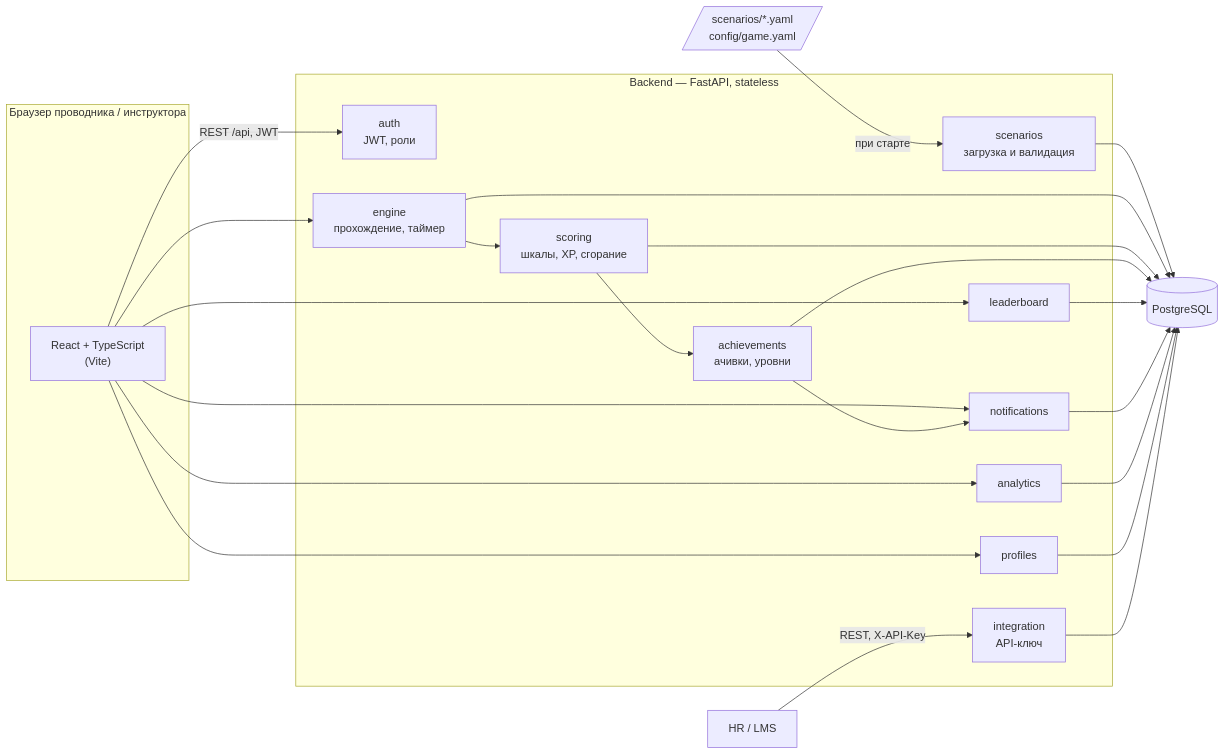
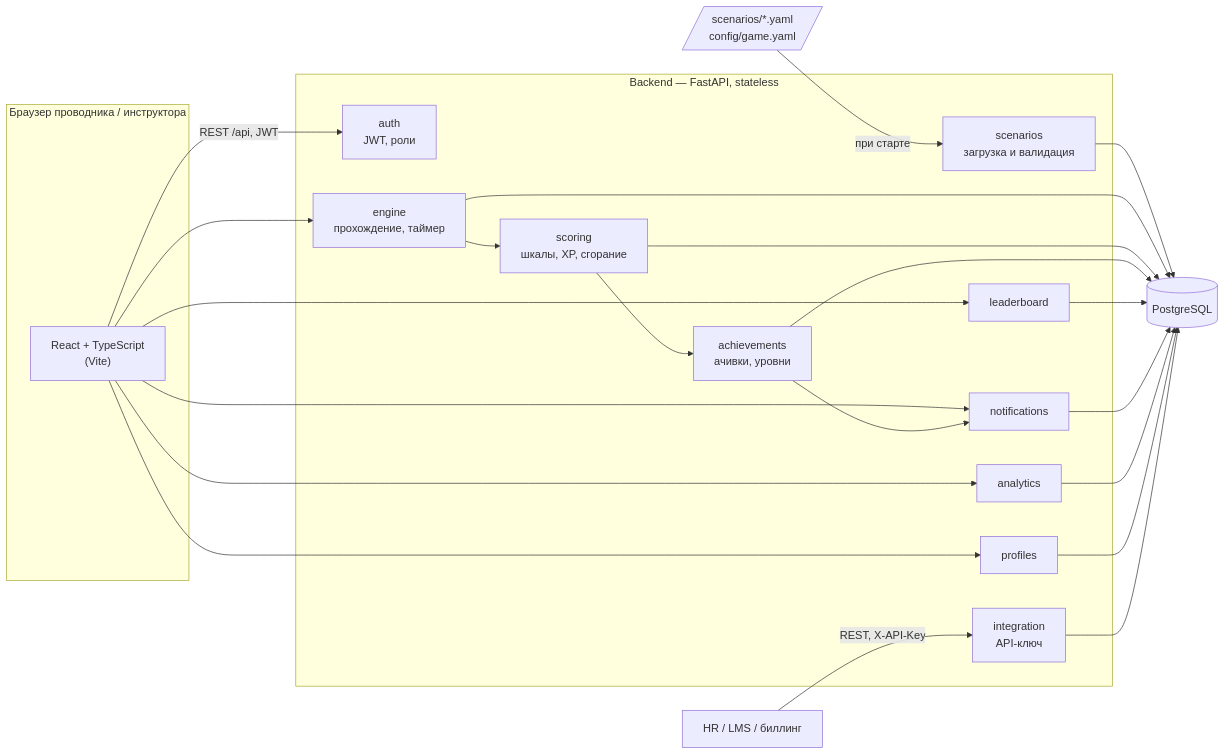
One commit to kelw1n25/vsm-trainer changed the first of 3 diagrams in docs/architecture.md. Above: the diagram before and after it, drawn with Mermaid. The commit also changed other lines of this file and 3 other files, not shown here.

````diff
--- a/docs/architecture.md
+++ b/docs/architecture.md
@@ -5,31 +5,31 @@
 ```mermaid
 flowchart LR
     subgraph Client["Браузер проводника / инструктора"]
         UI["React + TypeScript<br/>(Vite)"]
     end
 
     subgraph Backend["Backend — FastAPI, stateless"]
         AUTH["auth<br/>JWT, роли"]
         SCN["scenarios<br/>загрузка и валидация"]
         ENG["engine<br/>прохождение, таймер"]
         SCO["scoring<br/>шкалы, XP, сгорание"]
         ACH["achievements<br/>ачивки, уровни"]
         LB["leaderboard"]
         NOT["notifications"]
         AN["analytics"]
         PR["profiles"]
         INT["integration<br/>API-ключ"]
     end
 
     DB[("PostgreSQL")]
     FILES[/"scenarios/*.yaml<br/>config/game.yaml"/]
-    EXT["HR / LMS"]
+    EXT["HR / LMS / биллинг"]
 
     UI -- "REST /api, JWT" --> AUTH
     UI --> ENG & PR & LB & NOT & AN
     ENG --> SCO --> ACH --> NOT
     FILES -- "при старте" --> SCN
     SCN --> DB
     ENG & SCO & ACH & LB & NOT & AN & PR & INT --> DB
     EXT -- "REST, X-API-Key" --> INT
 ```
````
